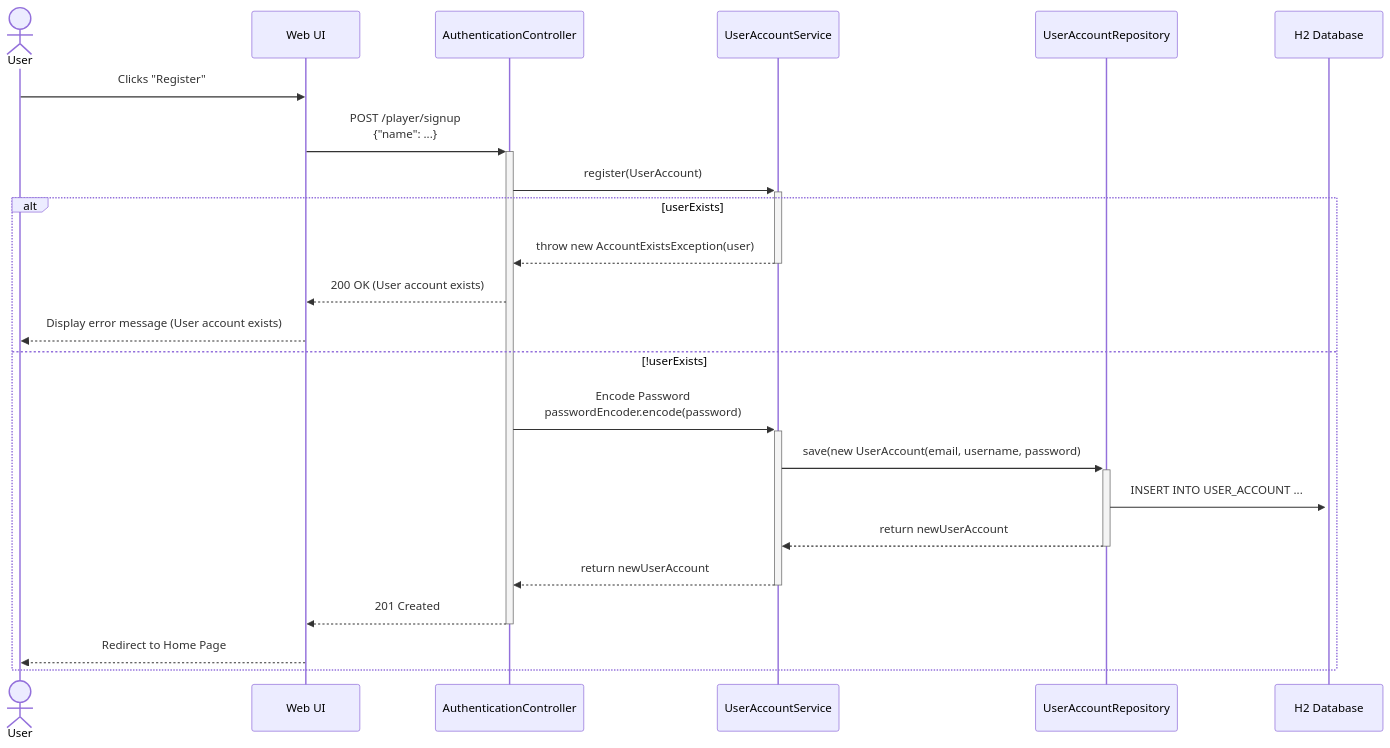
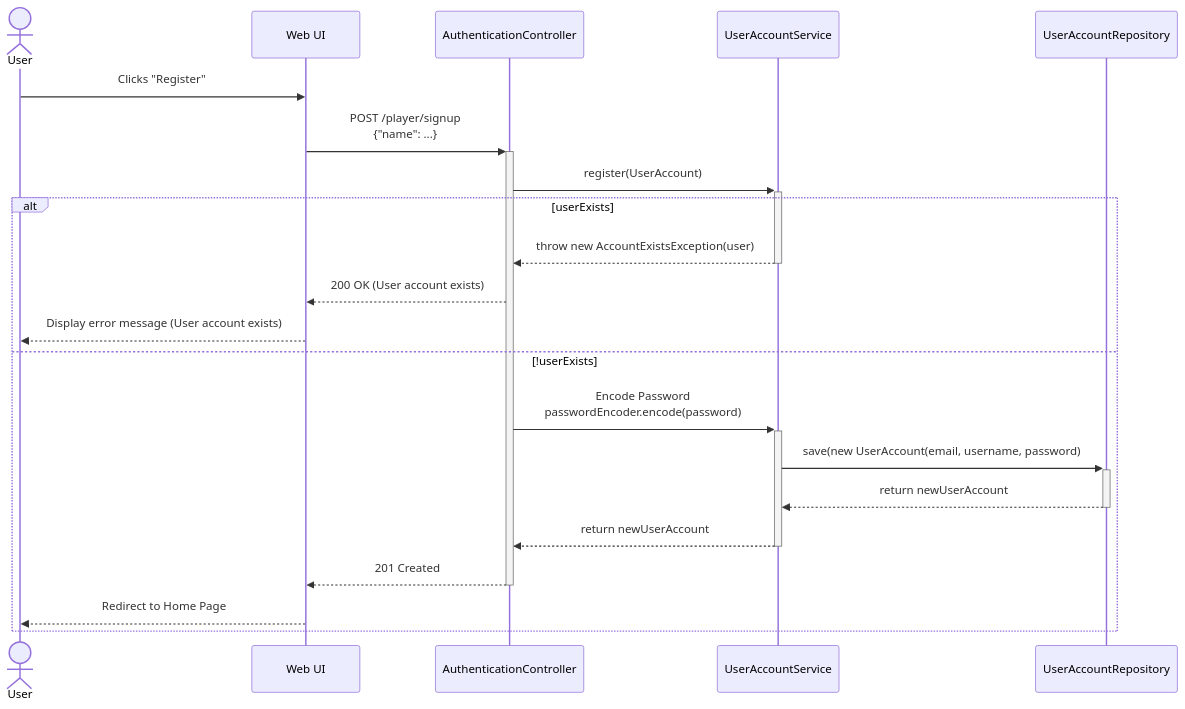
The diagram in Sequence Diagrams/UserAccount.md (kahhong/checkmate-central), drawn with Mermaid before and after one commit. The commit also changed 1 other file, not shown here.

Commit message:
Added reading tournaments into sequence diagrams.

````diff
--- a/Sequence Diagrams/UserAccount.md
+++ b/Sequence Diagrams/UserAccount.md
@@ -2,20 +2,20 @@
 ```mermaid
 sequenceDiagram
     actor User
     User->>Web UI: Clicks "Register"
     Web UI->>+AuthenticationController: POST /player/signup <br> {"name": ...}
     AuthenticationController->>+UserAccountService: register(UserAccount)
     alt userExists
         UserAccountService-->>-AuthenticationController: throw new AccountExistsException(user)
         AuthenticationController-->>Web UI: 200 OK (User account exists)
         Web UI-->>User: Display error message (User account exists)
     else !userExists
         AuthenticationController->>+UserAccountService: Encode Password <br/> passwordEncoder.encode(password)
         UserAccountService->>+UserAccountRepository: save(new UserAccount(email, username, password)
-        UserAccountRepository->>+H2 Database: INSERT INTO USER_ACCOUNT ...
+%%        UserAccountRepository->>+H2 Database: INSERT INTO USER_ACCOUNT ...
         UserAccountRepository-->>-UserAccountService: return newUserAccount
         UserAccountService-->>-AuthenticationController: return newUserAccount
         AuthenticationController-->>-Web UI: 201 Created
         Web UI-->>User: Redirect to Home Page
     end
 ```
````
